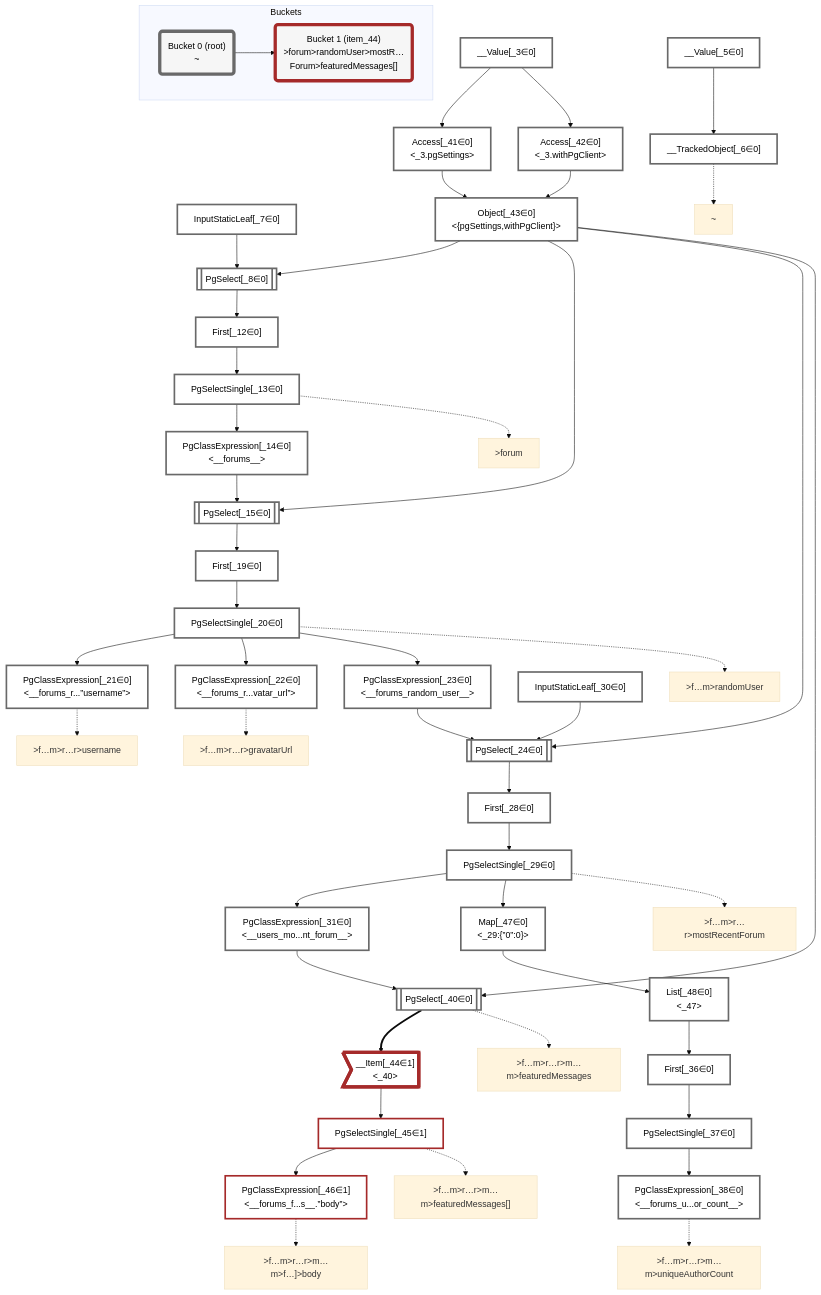
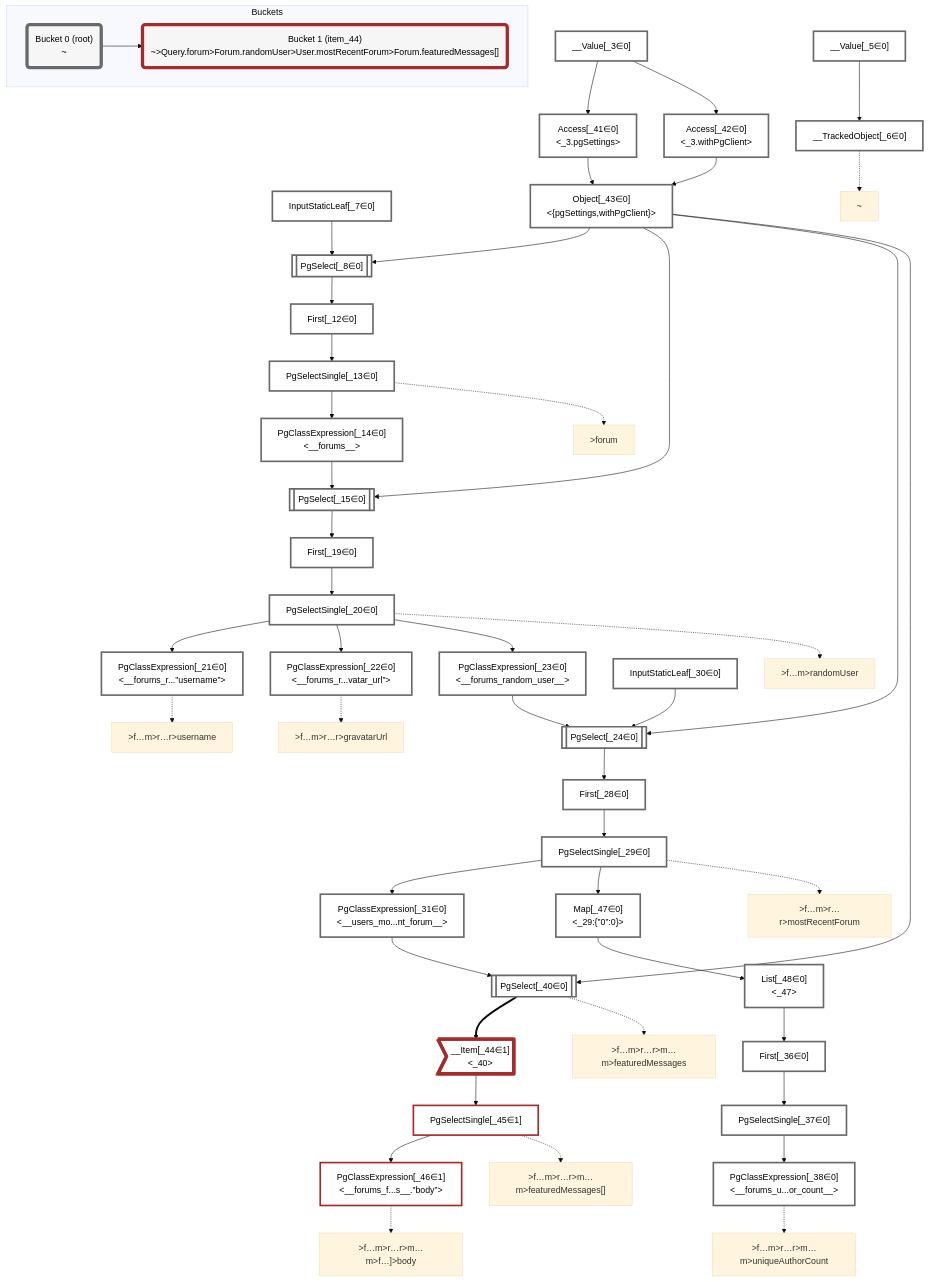
One commit to graphile/crystal changed the diagram in packages/dataplan-pg/__tests__/queries/functions/computed-column-combined.deopt.mermaid.md. Above: the diagram before and after it, drawn with Mermaid (base theme). The commit also changed 141 other files, not shown here.

```diff
--- a/packages/dataplan-pg/__tests__/queries/functions/computed-column-combined.deopt.mermaid.md
+++ b/packages/dataplan-pg/__tests__/queries/functions/computed-column-combined.deopt.mermaid.md
@@ -106,7 +106,7 @@
     subgraph Buckets
     Bucket0("Bucket 0 (root)<br />~"):::bucket
     style Bucket0 stroke:#696969
-    Bucket1("Bucket 1 (item_44)<br />>forum>randomUser>mostR…Forum>featuredMessages[]"):::bucket
+    Bucket1("Bucket 1 (item_44)<br />~>Query.forum>Forum.randomUser>User.mostRecentForum>Forum.featuredMessages[]"):::bucket
     style Bucket1 stroke:#a52a2a
     Bucket0 --> Bucket1
     end
```
